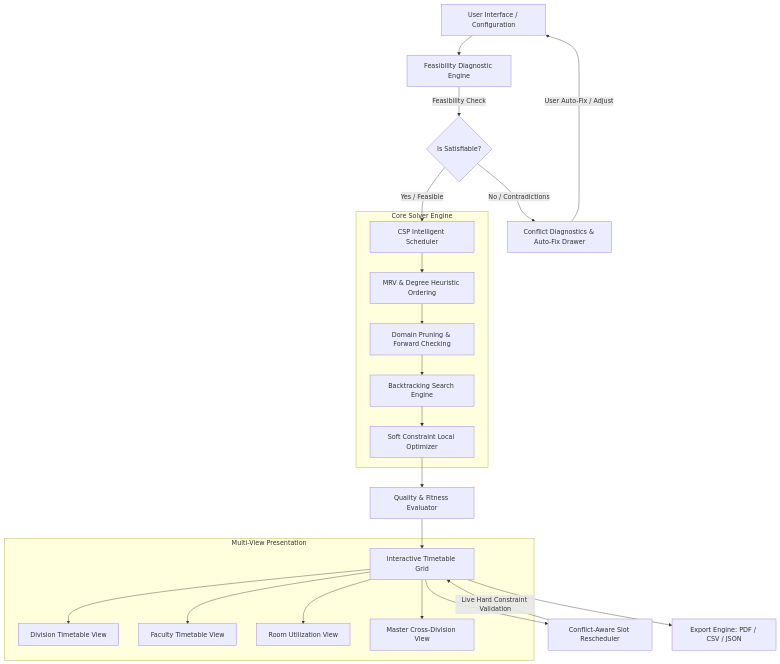
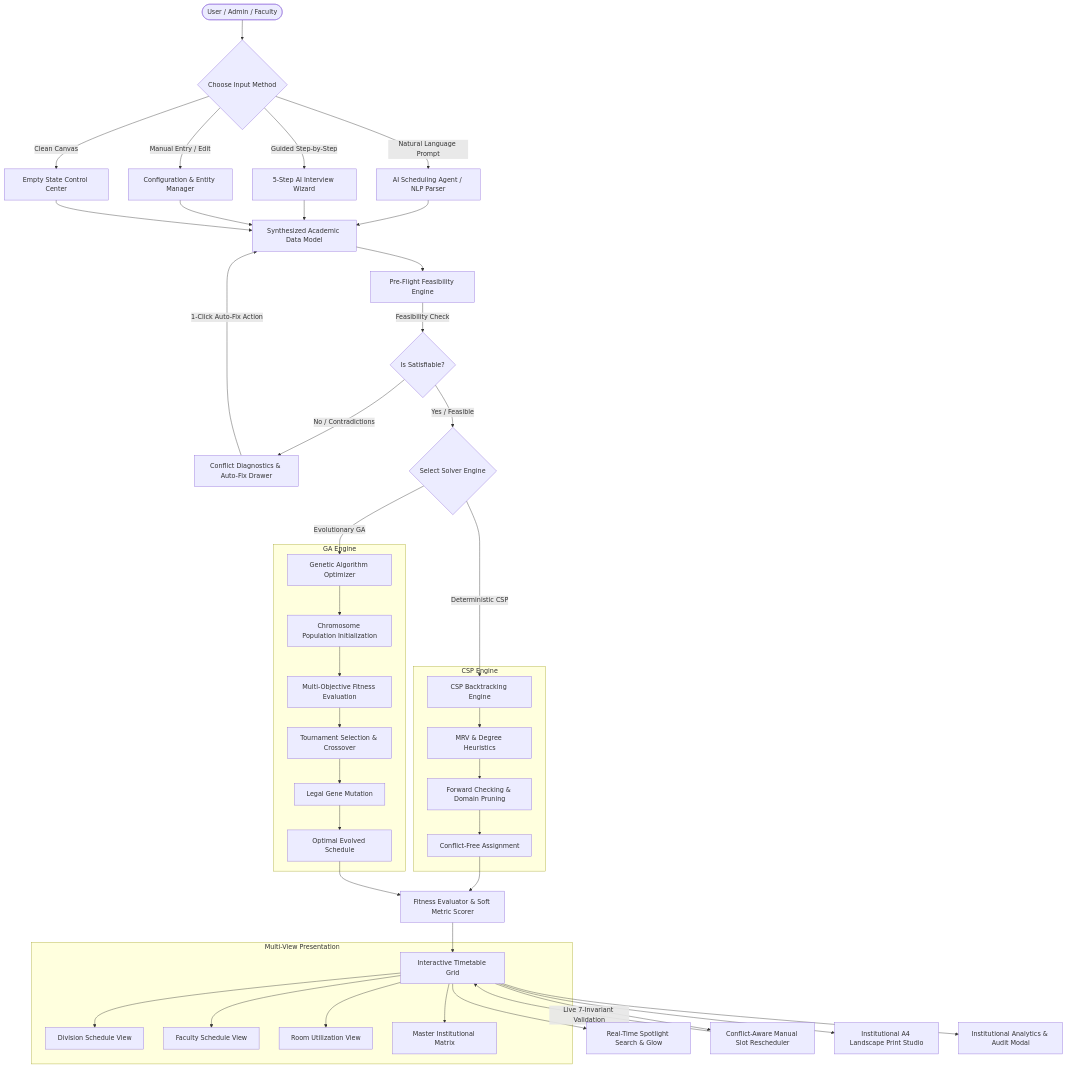
Before and after one commit to Mrshahzad07/Intelligent-Timetable-Generator: the diagram in README.md, drawn with Mermaid. The commit also changed other lines of this file and 2 other files, not shown here.

Commit message:
docs: synchronize all markdown reports and guides with final features

````diff
--- a/README.md
+++ b/README.md
@@ -27,29 +31,56 @@
 ```mermaid
 graph TD
-    A[User Interface / Configuration] --> B[Feasibility Diagnostic Engine]
-    B -->|Feasibility Check| C{Is Satisfiable?}
-    C -->|No / Contradictions| D[Conflict Diagnostics & Auto-Fix Drawer]
-    D -->|User Auto-Fix / Adjust| A
-    C -->|Yes / Feasible| E[CSP Intelligent Scheduler]
+    User([User / Admin / Faculty]) --> ModeSelect{Choose Input Method}
+    ModeSelect -->|Natural Language Prompt| AIAgent[AI Scheduling Agent / NLP Parser]
+    ModeSelect -->|Guided Step-by-Step| Wizard[5-Step AI Interview Wizard]
+    ModeSelect -->|Manual Entry / Edit| ConfigDrawer[Configuration & Entity Manager]
+    ModeSelect -->|Clean Canvas| BlankCanvas[Empty State Control Center]
     
-    subgraph Core Solver Engine
-        E --> F[MRV & Degree Heuristic Ordering]
-        F --> G[Domain Pruning & Forward Checking]
-        G --> H[Backtracking Search Engine]
-        H --> I[Soft Constraint Local Optimizer]
+    AIAgent --> DataModel[Synthesized Academic Data Model]
+    Wizard --> DataModel
+    ConfigDrawer --> DataModel
+    BlankCanvas --> DataModel
+
+    DataModel --> PreFlight[Pre-Flight Feasibility Engine]
+    PreFlight -->|Feasibility Check| IsFeasible{Is Satisfiable?}
+    
+    IsFeasible -->|No / Contradictions| ConflictDrawer[Conflict Diagnostics & Auto-Fix Drawer]
+    ConflictDrawer -->|1-Click Auto-Fix Action| DataModel
+    
+    IsFeasible -->|Yes / Feasible| SolverChoice{Select Solver Engine}
+    
+    SolverChoice -->|Deterministic CSP| CSP[CSP Backtracking Engine]
+    subgraph CSP Engine
+        CSP --> MRV[MRV & Degree Heuristics]
+        MRV --> FwdCheck[Forward Checking & Domain Pruning]
+        FwdCheck --> CSPOutput[Conflict-Free Assignment]
+    end
+    
+    SolverChoice -->|Evolutionary GA| GA[Genetic Algorithm Optimizer]
+    subgraph GA Engine
+        GA --> PopInit[Chromosome Population Initialization]
+        PopInit --> FitnessEval[Multi-Objective Fitness Evaluation]
+        FitnessEval --> Crossover[Tournament Selection & Crossover]
+        Crossover --> Mutate[Legal Gene Mutation]
+        Mutate --> GAOutput[Optimal Evolved Schedule]
     end
 
-    I --> J[Quality & Fitness Evaluator]
-    J --> K[Interactive Timetable Grid]
+    CSPOutput --> QualityEval[Fitness Evaluator & Soft Metric Scorer]
+    GAOutput --> QualityEval
+
+    QualityEval --> InteractiveGrid[Interactive Timetable Grid]
     
     subgraph Multi-View Presentation
-        K --> L[Division Timetable View]
-        K --> M[Faculty Timetable View]
-        K --> N[Room Utilization View]
-        K --> O[Master Cross-Division View]
+        InteractiveGrid --> DivView[Division Schedule View]
+        InteractiveGrid --> FacView[Faculty Schedule View]
+        InteractiveGrid --> RoomView[Room Utilization View]
+        InteractiveGrid --> MasterView[Master Institutional Matrix]
     end
 
-    K --> P[Conflict-Aware Slot Rescheduler]
-    P -->|Live Hard Constraint Validation| K
-    K --> Q[Export Engine: PDF / CSV / JSON]
+    InteractiveGrid --> LiveSearch[Real-Time Spotlight Search & Glow]
+    InteractiveGrid --> SlotSwap[Conflict-Aware Manual Slot Rescheduler]
+    SlotSwap -->|Live 7-Invariant Validation| InteractiveGrid
+
+    InteractiveGrid --> PrintStudio[Institutional A4 Landscape Print Studio]
+    InteractiveGrid --> AuditModal[Institutional Analytics & Audit Modal]
 ```
````
